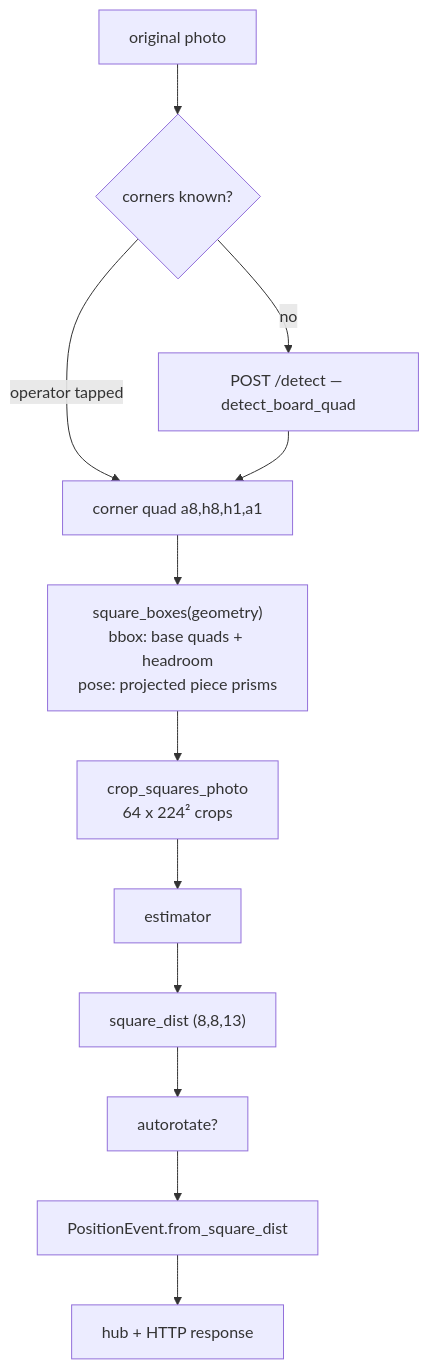
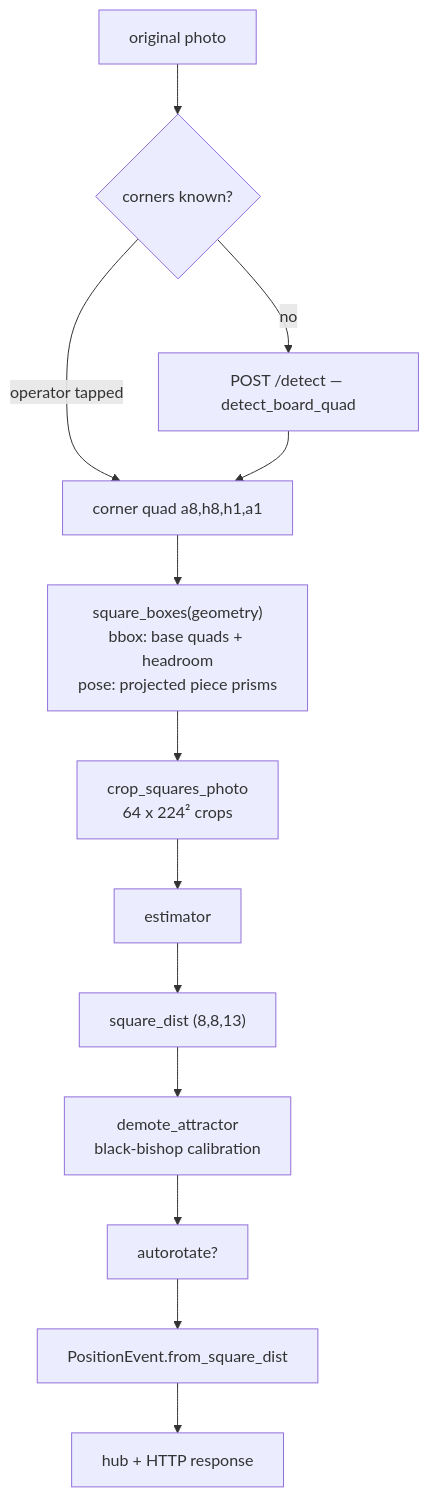
The diagram in docs/recognition-pipeline.md (membranepotential/board-reader), drawn with Mermaid before and after one commit. The commit also changed other lines of this file and 10 other files, not shown here.

````diff
--- a/docs/recognition-pipeline.md
+++ b/docs/recognition-pipeline.md
@@ -14,14 +14,15 @@
 ```mermaid
 flowchart TD
   photo[original photo] --> corners{corners known?}
   corners -->|operator tapped| geom[corner quad a8,h8,h1,a1]
   corners -->|no| detect["POST /detect — detect_board_quad"]
   detect --> geom
   geom --> boxes["square_boxes(geometry)<br/>bbox: base quads + headroom<br/>pose: projected piece prisms"]
   boxes --> crops["crop_squares_photo<br/>64 x 224² crops"]
   crops --> est[estimator]
   est --> dist["square_dist (8,8,13)"]
-  dist --> rot[autorotate?]
+  dist --> demote["demote_attractor<br/>black-bishop calibration"]
+  demote --> rot[autorotate?]
   rot --> event["PositionEvent.from_square_dist"]
   event --> out[hub + HTTP response]
 ```
````
